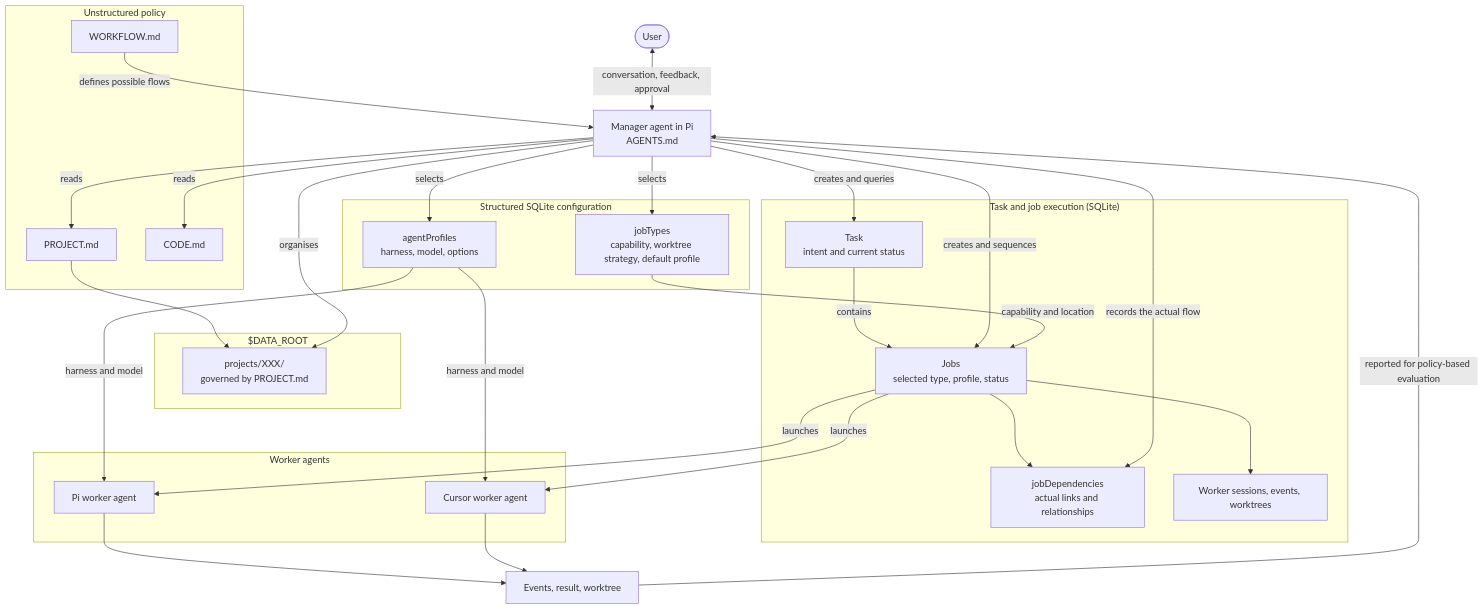
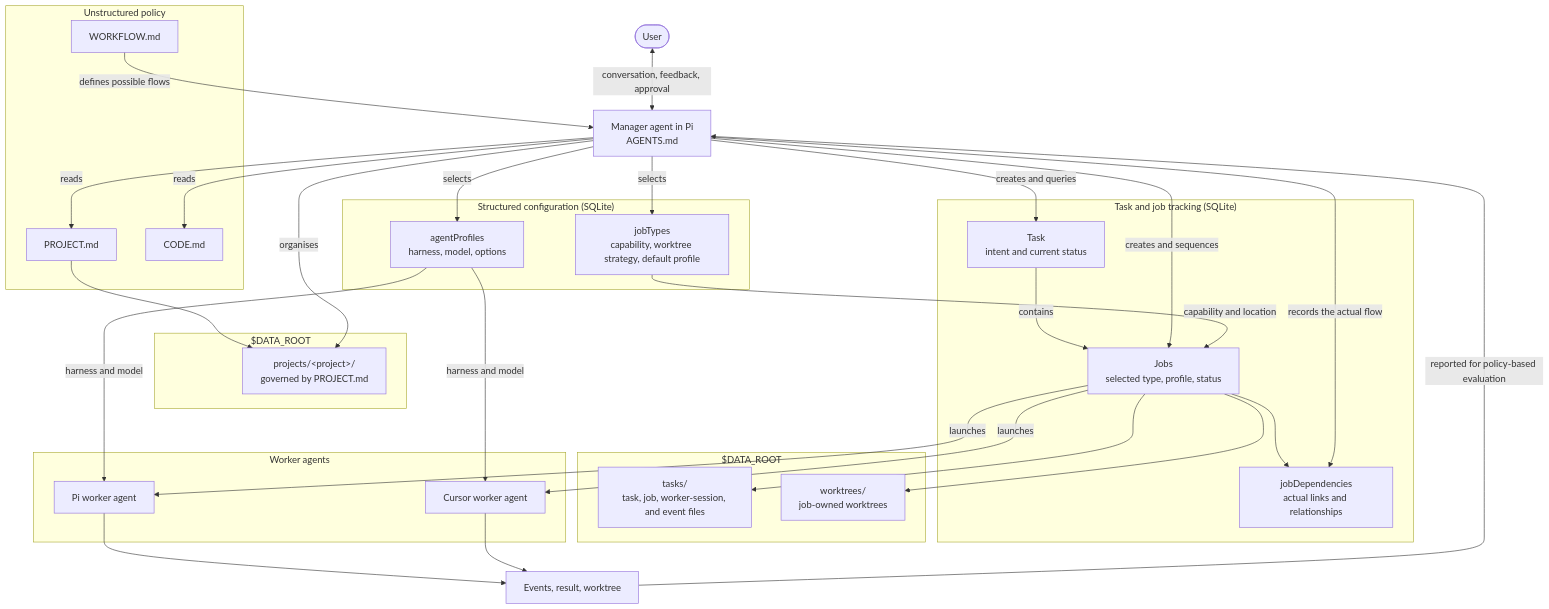
Before and after one commit to danielbush/pi-worker-agent: the diagram in README.md, drawn with Mermaid.

Commit message:
docs: clarify data root diagram

````diff
--- a/README.md
+++ b/README.md
@@ -25,55 +25,61 @@
 ```mermaid
 flowchart TB
     User([User]) <-->|conversation, feedback, approval| Manager[Manager agent in Pi<br/>AGENTS.md]
 
     subgraph Policy[Unstructured policy]
         ProjectPolicy[PROJECT.md]
         WorkflowPolicy[WORKFLOW.md]
         CodePolicy[CODE.md]
     end
 
     subgraph DataRoot["$DATA_ROOT"]
-        Projects[projects/XXX/<br/>governed by PROJECT.md]
+        Projects[projects/&lt;project&gt;/<br/>governed by PROJECT.md]
     end
 
     ProjectPolicy --> Projects
 
-    subgraph Database[Structured SQLite configuration]
+    subgraph Database["Structured configuration (SQLite)"]
         AgentProfiles[agentProfiles<br/>harness, model, options]
         JobTypes[jobTypes<br/>capability, worktree strategy, default profile]
     end
 
-    subgraph Execution["Task and job execution (SQLite)"]
+    subgraph Execution["Task and job tracking (SQLite)"]
         Task[Task<br/>intent and current status]
         Jobs[Jobs<br/>selected type, profile, status]
         JobDependencies[jobDependencies<br/>actual links and relationships]
-        JobArtifacts[Worker sessions, events, worktrees]
         Task -->|contains| Jobs
         Jobs --> JobDependencies
-        Jobs --> JobArtifacts
     end
+
+    subgraph ExecutionDataRoot["$DATA_ROOT"]
+        TaskArtifacts[tasks/<br/>task, job, worker-session, and event files]
+        Worktrees[worktrees/<br/>job-owned worktrees]
+    end
+
+    Jobs --> TaskArtifacts
+    Jobs --> Worktrees
 
     subgraph WorkerAgents[Worker agents]
         PiWorker[Pi worker agent]
         CursorWorker[Cursor worker agent]
     end
 
     Jobs -->|launches| PiWorker
     Jobs -->|launches| CursorWorker
     PiWorker --> Result[Events, result, worktree]
     CursorWorker --> Result
 
     Manager -->|reads| ProjectPolicy
     WorkflowPolicy -->|defines possible flows| Manager
     Manager -->|reads| CodePolicy
     Manager -->|organises| Projects
     Manager -->|selects| AgentProfiles
     Manager -->|selects| JobTypes
     Manager -->|creates and queries| Task
     Manager -->|creates and sequences| Jobs
     Manager -->|records the actual flow| JobDependencies
     JobTypes -->|capability and location| Jobs
     AgentProfiles -->|harness and model| PiWorker
     AgentProfiles -->|harness and model| CursorWorker
     Result -->|reported for policy-based evaluation| Manager
 ```
````
